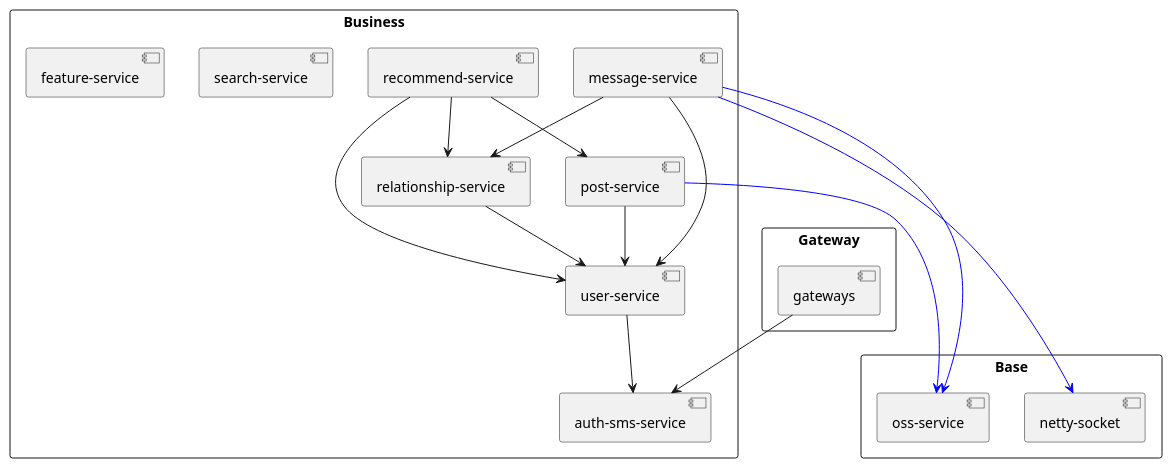
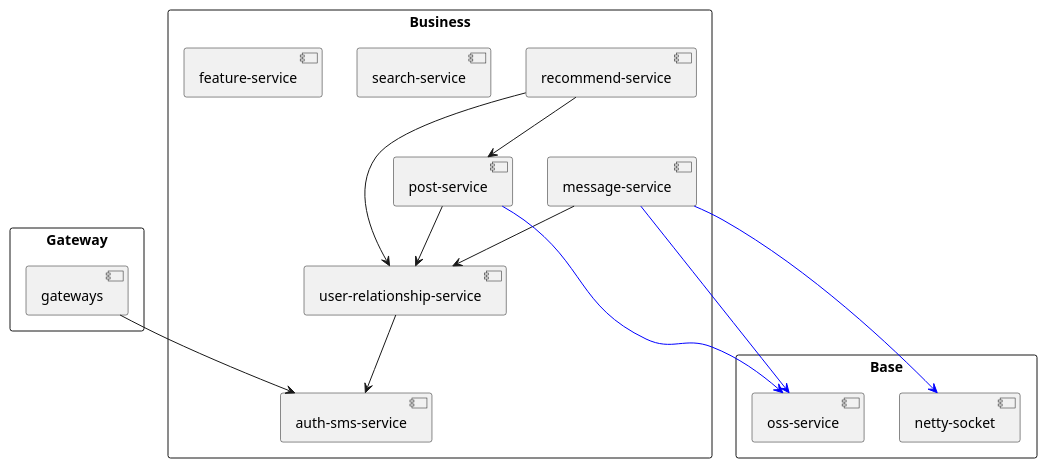
The diagram in spring-server/docs/service依赖树.puml (nangong918/SmartMedicine-App), drawn with PlantUML before and after one commit. The commit also changed 141 other files, not shown here.

```diff
--- a/spring-server/docs/service依赖树.puml
+++ b/spring-server/docs/service依赖树.puml
@@ -1,43 +1,38 @@
 @startuml
 skinparam packageStyle rectangle
 
 
 package "Base" {
     [netty-socket]
     [oss-service]
 }
 
 package "Business" {
-    [user-service]
+    [user-relationship-service]
     [auth-sms-service]
     [message-service]
-    [relationship-service]
     [post-service]
     [recommend-service]
     [search-service]
     [feature-service]
 
-    [message-service] --> [user-service]
-    [message-service] --> [relationship-service]
+    [message-service] --> [user-relationship-service]
     [message-service] -[#0000FF]--> [oss-service]
     [message-service] -[#0000FF]--> [netty-socket]
 
-    [relationship-service] --> [user-service]
+    [user-relationship-service] --> [auth-sms-service]
 
-    [user-service] --> [auth-sms-service]
-
-    [post-service] --> [user-service]
+    [post-service] --> [user-relationship-service]
     [post-service] -[#0000FF]--> [oss-service]
 
-    [recommend-service] --> [user-service]
+    [recommend-service] --> [user-relationship-service]
     [recommend-service] --> [post-service]
-    [recommend-service] --> [relationship-service]
 }
 
 package "Gateway" {
     [gateways]
 
     [gateways] --> [auth-sms-service]
 }
 
 @enduml
```
